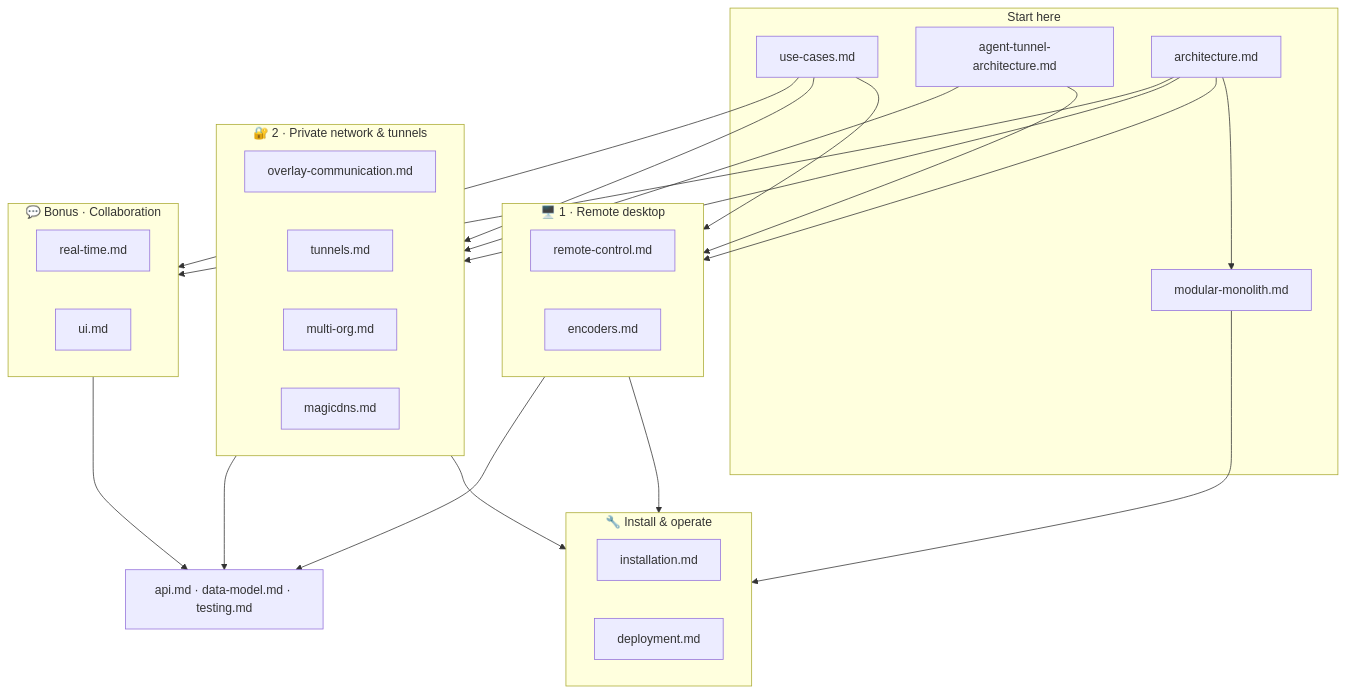
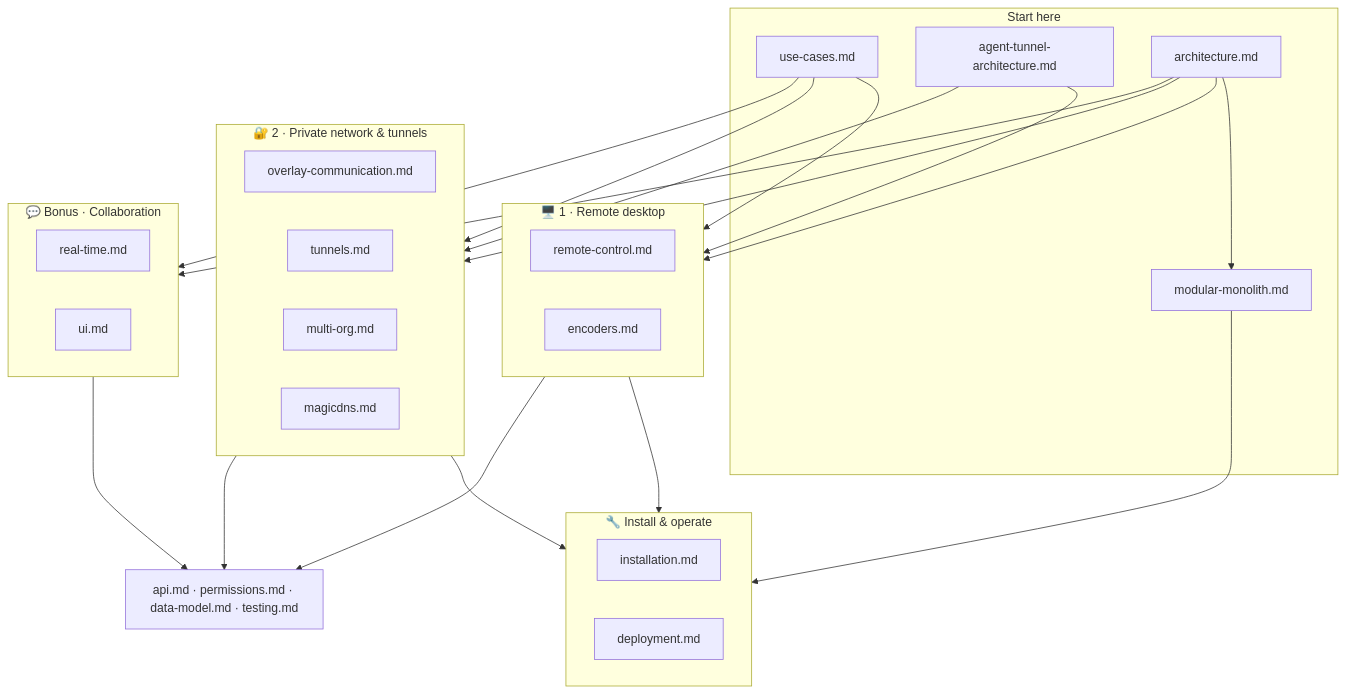
Before and after one commit to gjovanov/roomler-ai: the diagram in docs/README.md, drawn with Mermaid. The commit also changed other lines of this file and 51 other files, not shown here.

````diff
--- a/docs/README.md
+++ b/docs/README.md
@@ -24,41 +24,41 @@
 ```mermaid
 flowchart TB
     subgraph entry["Start here"]
         UC["use-cases.md"]
         ATA["agent-tunnel-architecture.md"]
         ARCH["architecture.md"]
         MM["modular-monolith.md"]
     end
 
     subgraph rd["🖥️ 1 · Remote desktop"]
         RC["remote-control.md"]
         ENC["encoders.md"]
     end
 
     subgraph net["🔐 2 · Private network & tunnels"]
         OC["overlay-communication.md"]
         TUN["tunnels.md"]
         MO["multi-org.md"]
         MDNS["magicdns.md"]
     end
 
     subgraph collab["💬 Bonus · Collaboration"]
         RT["real-time.md"]
         UIX["ui.md"]
     end
 
     subgraph ops["🔧 Install & operate"]
         INST["installation.md"]
         DEP["deployment.md"]
     end
 
-    REF["api.md · data-model.md · testing.md"]
+    REF["api.md · permissions.md · data-model.md · testing.md"]
 
     UC --> rd & net & collab
     ATA --> rd & net
     ARCH --> rd & net & collab
     ARCH --> MM
     MM --> ops
     rd & net --> ops
     rd & net & collab --> REF
 ```
````
